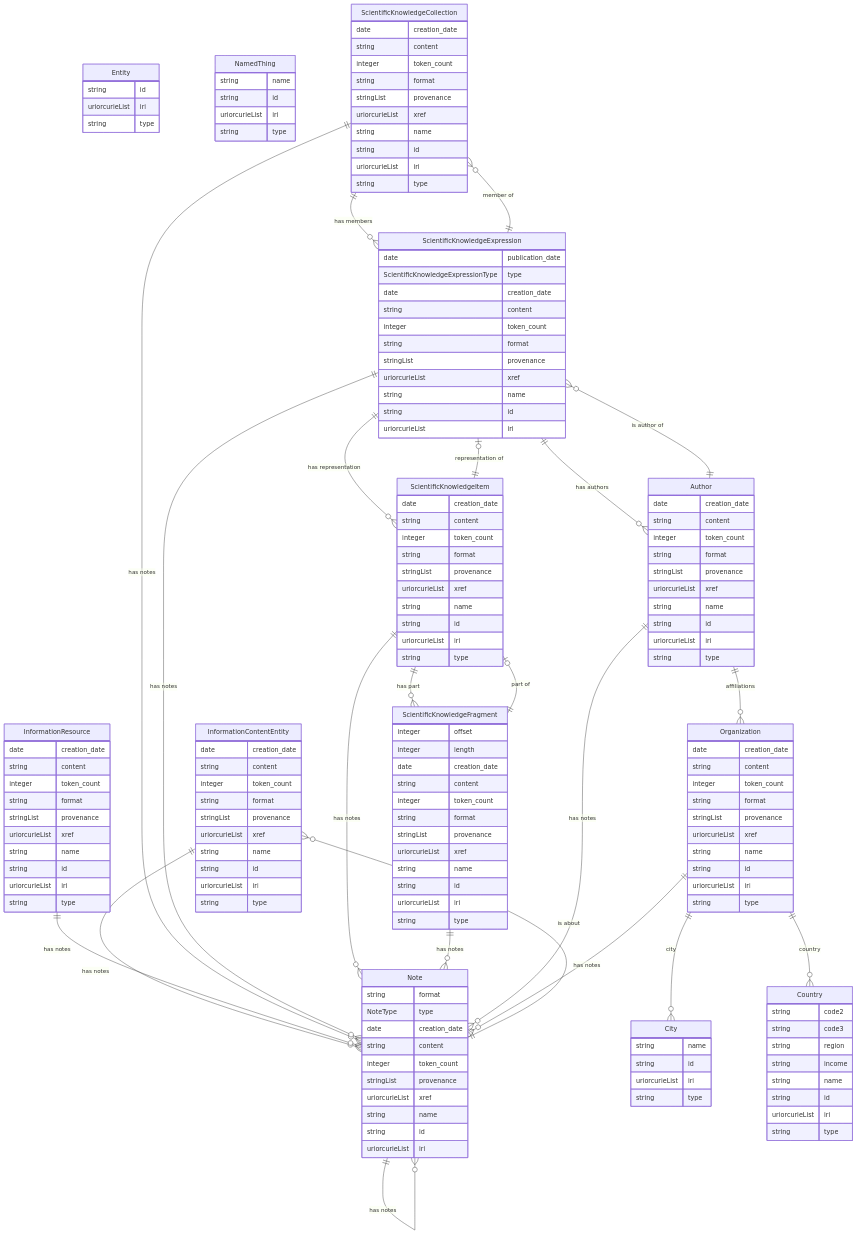
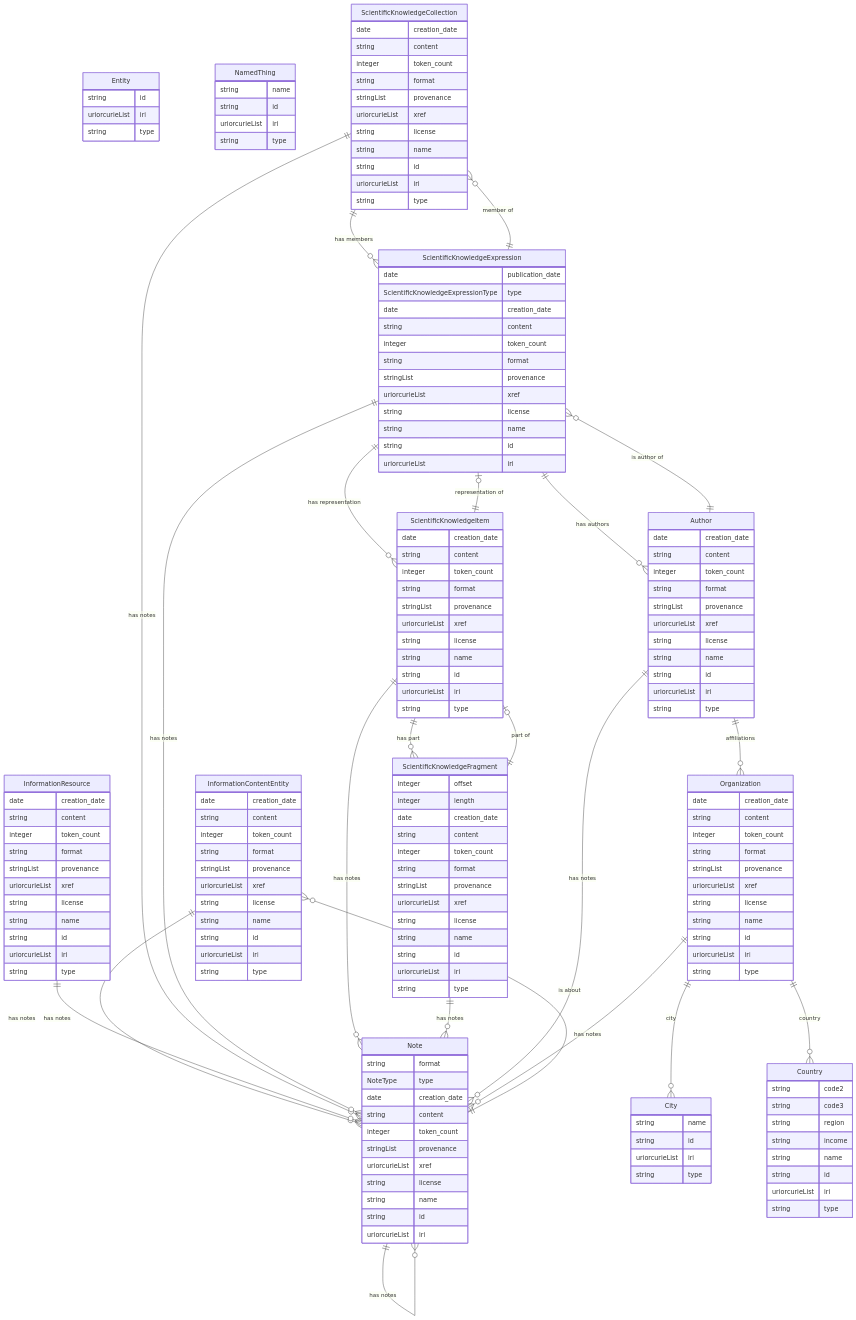
One commit to chanzuckerberg/alhazen changed the diagram in local_resources/linkml/schema.mermaid. Above: the diagram before and after it, drawn with Mermaid. The commit also changed 118 other files, not shown here.

```diff
--- a/local_resources/linkml/schema.mermaid
+++ b/local_resources/linkml/schema.mermaid
@@ -1,161 +1,170 @@
 erDiagram
 Entity {
     string id  
     uriorcurieList iri  
     string type  
 }
 NamedThing {
     string name  
     string id  
     uriorcurieList iri  
     string type  
 }
 InformationContentEntity {
     date creation_date  
     string content  
     integer token_count  
     string format  
     stringList provenance  
     uriorcurieList xref  
+    string license  
     string name  
     string id  
     uriorcurieList iri  
     string type  
 }
 InformationResource {
     date creation_date  
     string content  
     integer token_count  
     string format  
     stringList provenance  
     uriorcurieList xref  
+    string license  
     string name  
     string id  
     uriorcurieList iri  
     string type  
 }
 ScientificKnowledgeCollection {
     date creation_date  
     string content  
     integer token_count  
     string format  
     stringList provenance  
     uriorcurieList xref  
+    string license  
     string name  
     string id  
     uriorcurieList iri  
     string type  
 }
 ScientificKnowledgeExpression {
     date publication_date  
     ScientificKnowledgeExpressionType type  
     date creation_date  
     string content  
     integer token_count  
     string format  
     stringList provenance  
     uriorcurieList xref  
+    string license  
     string name  
     string id  
     uriorcurieList iri  
 }
 ScientificKnowledgeItem {
     date creation_date  
     string content  
     integer token_count  
     string format  
     stringList provenance  
     uriorcurieList xref  
+    string license  
     string name  
     string id  
     uriorcurieList iri  
     string type  
 }
 ScientificKnowledgeFragment {
     integer offset  
     integer length  
     date creation_date  
     string content  
     integer token_count  
     string format  
     stringList provenance  
     uriorcurieList xref  
+    string license  
     string name  
     string id  
     uriorcurieList iri  
     string type  
 }
 Note {
     string format  
     NoteType type  
     date creation_date  
     string content  
     integer token_count  
     stringList provenance  
     uriorcurieList xref  
+    string license  
     string name  
     string id  
     uriorcurieList iri  
 }
 Author {
     date creation_date  
     string content  
     integer token_count  
     string format  
     stringList provenance  
     uriorcurieList xref  
+    string license  
     string name  
     string id  
     uriorcurieList iri  
     string type  
 }
 Organization {
     date creation_date  
     string content  
     integer token_count  
     string format  
     stringList provenance  
     uriorcurieList xref  
+    string license  
     string name  
     string id  
     uriorcurieList iri  
     string type  
 }
 City {
     string name  
     string id  
     uriorcurieList iri  
     string type  
 }
 Country {
     string code2  
     string code3  
     string region  
     string income  
     string name  
     string id  
     uriorcurieList iri  
     string type  
 }
 
 InformationContentEntity ||--}o Note : "has notes"
 InformationResource ||--}o Note : "has notes"
 ScientificKnowledgeCollection ||--}o ScientificKnowledgeExpression : "has members"
 ScientificKnowledgeCollection ||--}o Note : "has notes"
 ScientificKnowledgeExpression ||--}o ScientificKnowledgeItem : "has representation"
 ScientificKnowledgeExpression ||--}o ScientificKnowledgeCollection : "member of"
 ScientificKnowledgeExpression ||--}o Author : "has authors"
 ScientificKnowledgeExpression ||--}o Note : "has notes"
 ScientificKnowledgeItem ||--|o ScientificKnowledgeExpression : "representation of"
 ScientificKnowledgeItem ||--}o ScientificKnowledgeFragment : "has part"
 ScientificKnowledgeItem ||--}o Note : "has notes"
 ScientificKnowledgeFragment ||--|o ScientificKnowledgeItem : "part of"
 ScientificKnowledgeFragment ||--}o Note : "has notes"
 Note ||--}o InformationContentEntity : "is about"
 Note ||--}o Note : "has notes"
 Author ||--}o Organization : "affiliations"
 Author ||--}o ScientificKnowledgeExpression : "is author of"
 Author ||--}o Note : "has notes"
 Organization ||--}o City : "city"
 Organization ||--}o Country : "country"
 Organization ||--}o Note : "has notes"
```
